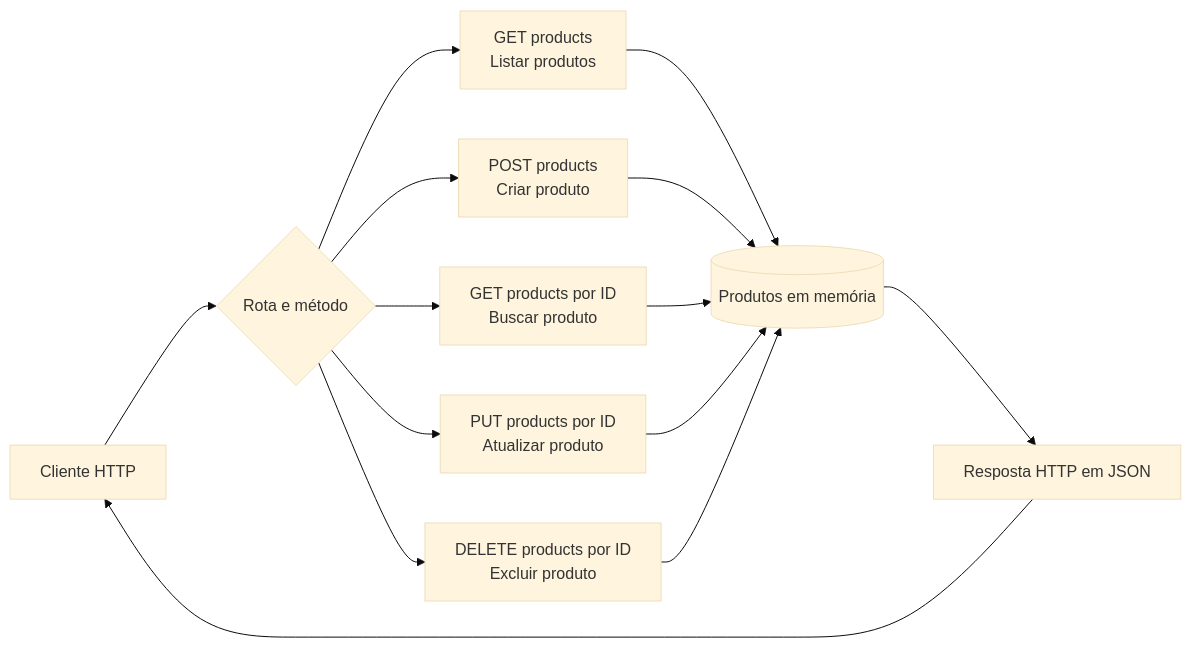
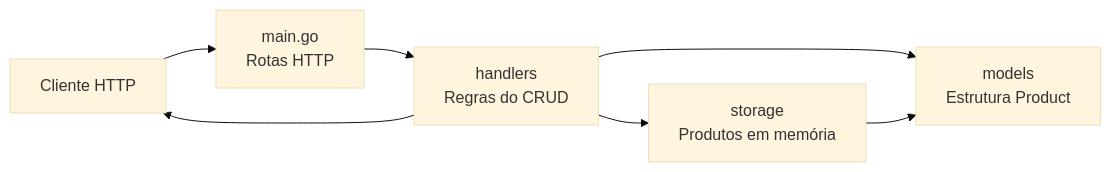
One commit to d-dionisio/api-products changed the diagram in README.md. Above: the diagram before and after it, drawn with Mermaid (base theme). The commit also changed other lines of this file and 4 other files, not shown here.

Commit message:
refactor: organize API into handlers, models, and storage

````diff
--- a/README.md
+++ b/README.md
@@ -33,19 +40,9 @@
 ```mermaid
 graph LR
-    Client["Cliente HTTP"] --> Router{"Rota e método"}
-
-    Router --> List["GET products<br/>Listar produtos"]
-    Router --> Create["POST products<br/>Criar produto"]
-    Router --> Get["GET products por ID<br/>Buscar produto"]
-    Router --> Update["PUT products por ID<br/>Atualizar produto"]
-    Router --> Delete["DELETE products por ID<br/>Excluir produto"]
-
-    List --> Store[("Produtos em memória")]
-    Create --> Store
-    Get --> Store
-    Update --> Store
-    Delete --> Store
-
-    Store --> Response["Resposta HTTP em JSON"]
-    Response --> Client
+    Client["Cliente HTTP"] --> Main["main.go<br/>Rotas HTTP"]
+    Main --> Handlers["handlers<br/>Regras do CRUD"]
+    Handlers --> Models["models<br/>Estrutura Product"]
+    Handlers --> Storage["storage<br/>Produtos em memória"]
+    Storage --> Models
+    Handlers --> Client
 ```
````
